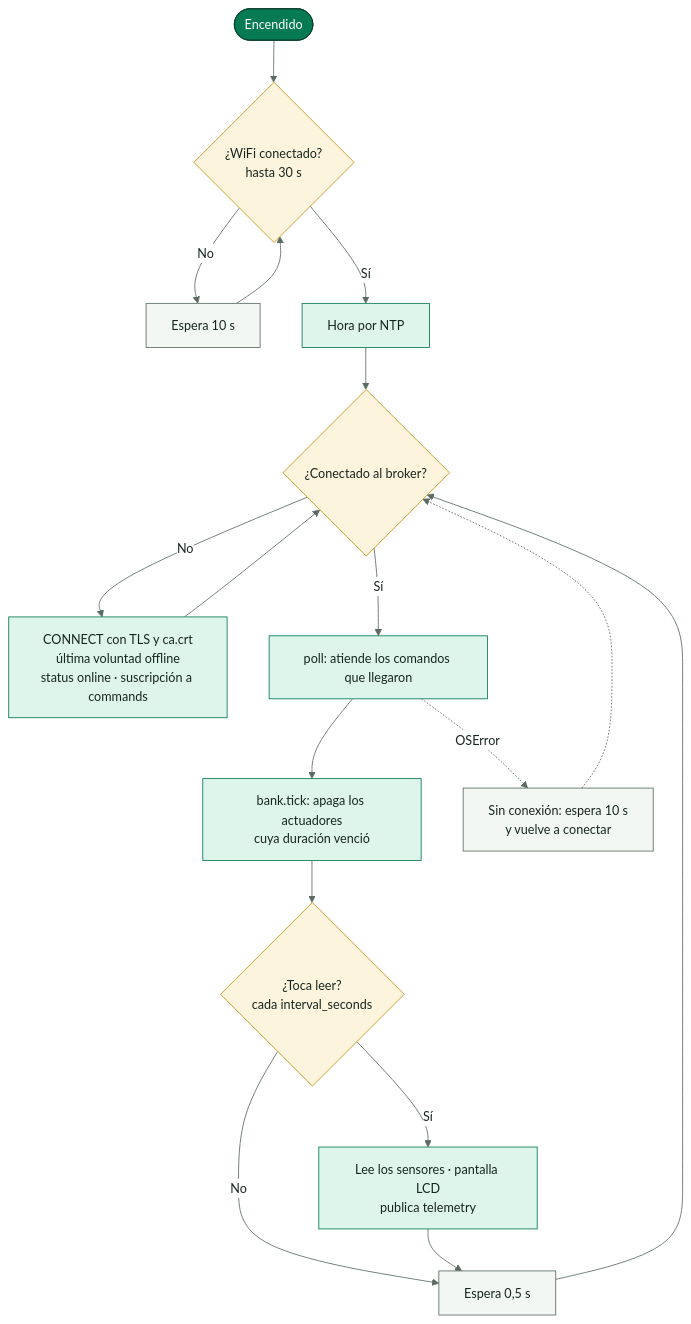
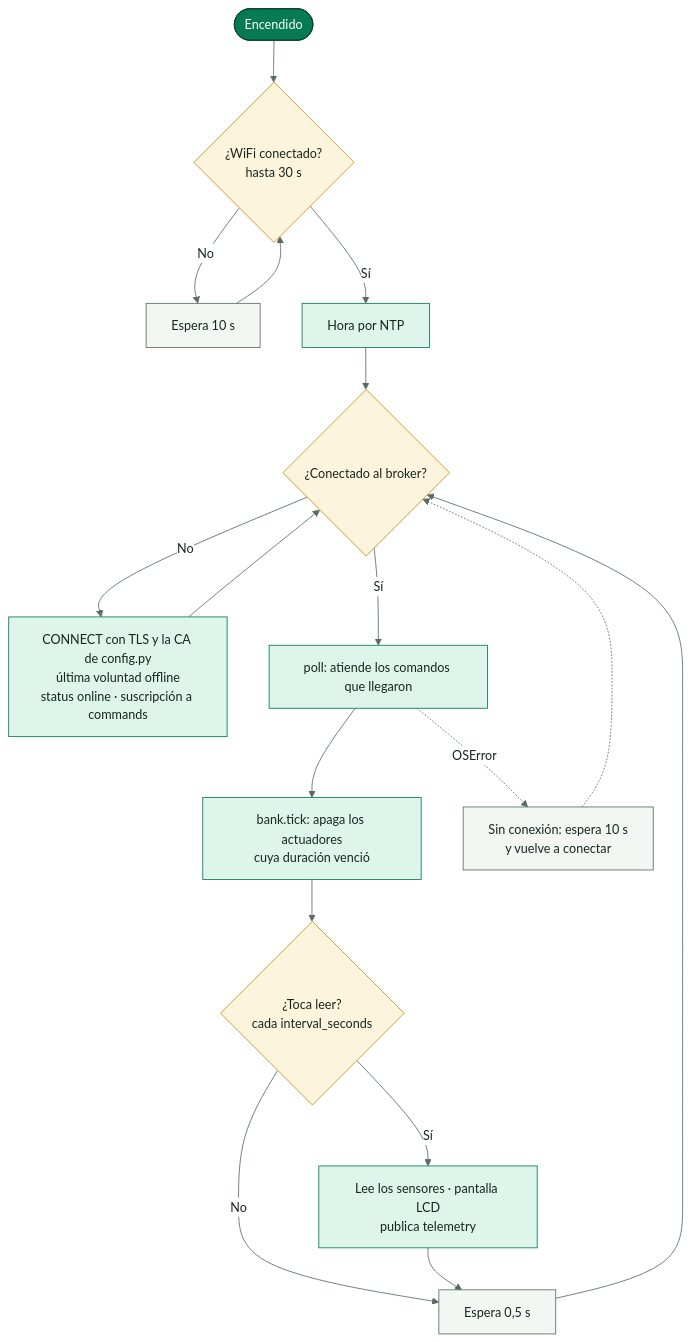
Before and after one commit to SmartPotTech/SmartPot-IoT: the second of 3 diagrams in docs/SmartPot_IoT_Documentation.md, drawn with Mermaid. The commit also changed other lines of this file, not shown here.

First line of the commit message:
Document the broker CA inside config.py

````diff
--- a/docs/SmartPot_IoT_Documentation.md
+++ b/docs/SmartPot_IoT_Documentation.md
@@ -96,28 +94,28 @@
 ```mermaid
 %%{init: {"theme": "base", "fontFamily": "Segoe UI, Arial, sans-serif", "themeVariables": {"fontFamily": "Segoe UI, Arial, sans-serif", "fontSize": "15px", "primaryColor": "#DDF5EA", "primaryTextColor": "#17261F", "primaryBorderColor": "#067A52", "secondaryColor": "#E3F2FB", "secondaryTextColor": "#17261F", "secondaryBorderColor": "#1F6FA0", "tertiaryColor": "#F2F7F4", "tertiaryTextColor": "#17261F", "tertiaryBorderColor": "#D5E3DC", "lineColor": "#5B6B63", "textColor": "#17261F", "mainBkg": "#DDF5EA", "nodeBorder": "#067A52", "clusterBkg": "#F7FAF8", "clusterBorder": "#D5E3DC", "edgeLabelBackground": "#FFFFFF", "actorBkg": "#067A52", "actorBorder": "#0B3D2B", "actorTextColor": "#FFFFFF", "actorLineColor": "#5B6B63", "signalColor": "#17261F", "signalTextColor": "#17261F", "labelBoxBkgColor": "#0B3D2B", "labelBoxBorderColor": "#0B3D2B", "labelTextColor": "#FFFFFF", "loopTextColor": "#0B3D2B", "noteBkgColor": "#FDF4DD", "noteBorderColor": "#C98D12", "noteTextColor": "#17261F", "activationBkgColor": "#DDF5EA", "activationBorderColor": "#067A52", "attributeBackgroundColorOdd": "#FFFFFF", "attributeBackgroundColorEven": "#F2F7F4"}}}%%
 flowchart TB
   boot(["Encendido"]) --> wifi{"¿WiFi conectado?<br/>hasta 30 s"}
   wifi -->|"No"| wait["Espera 10 s"] --> wifi
   wifi -->|"Sí"| ntp["Hora por NTP"]
   ntp --> mqtt{"¿Conectado al broker?"}
-  mqtt -->|"No"| connect["CONNECT con TLS y ca.crt<br/>última voluntad offline<br/>status online · suscripción a commands"]
+  mqtt -->|"No"| connect["CONNECT con TLS y la CA de config.py<br/>última voluntad offline<br/>status online · suscripción a commands"]
   connect --> mqtt
   mqtt -->|"Sí"| poll["poll: atiende los comandos que llegaron"]
   poll --> tick["bank.tick: apaga los actuadores<br/>cuya duración venció"]
   tick --> due{"¿Toca leer?<br/>cada interval_seconds"}
   due -->|"Sí"| read["Lee los sensores · pantalla LCD<br/>publica telemetry"]
   due -->|"No"| sleep["Espera 0,5 s"]
   read --> sleep --> mqtt
   poll -.->|"OSError"| lost["Sin conexión: espera 10 s<br/>y vuelve a conectar"] -.-> mqtt
   classDef leaf fill:#DDF5EA,stroke:#067A52,color:#17261F
   classDef water fill:#E3F2FB,stroke:#1F6FA0,color:#17261F
   classDef sun fill:#FDF4DD,stroke:#C98D12,color:#17261F
   classDef clay fill:#FBE9E1,stroke:#B85A38,color:#17261F
   classDef core fill:#067A52,stroke:#0B3D2B,color:#FFFFFF
   classDef deep fill:#0B3D2B,stroke:#06281C,color:#FFFFFF
   classDef muted fill:#F2F7F4,stroke:#5B6B63,color:#17261F
   class boot core
   class wifi,mqtt,due sun
   class wait,sleep,lost muted
   class ntp,connect,poll,tick,read leaf
 ```
````
